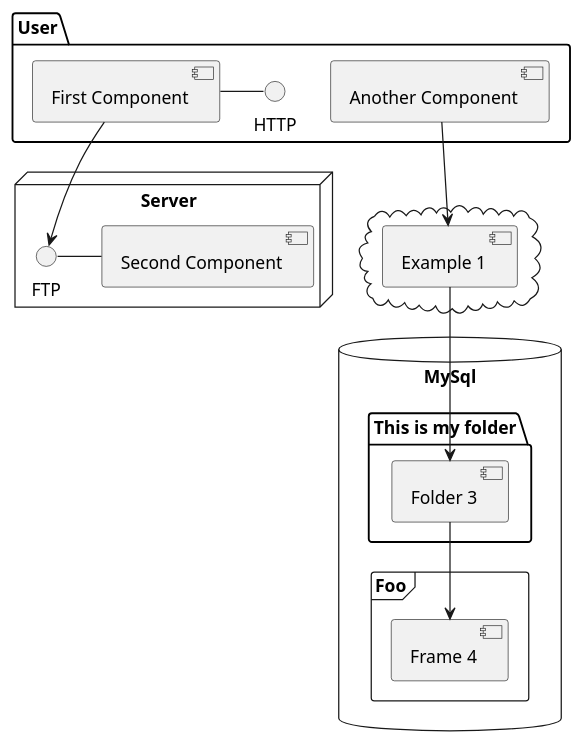
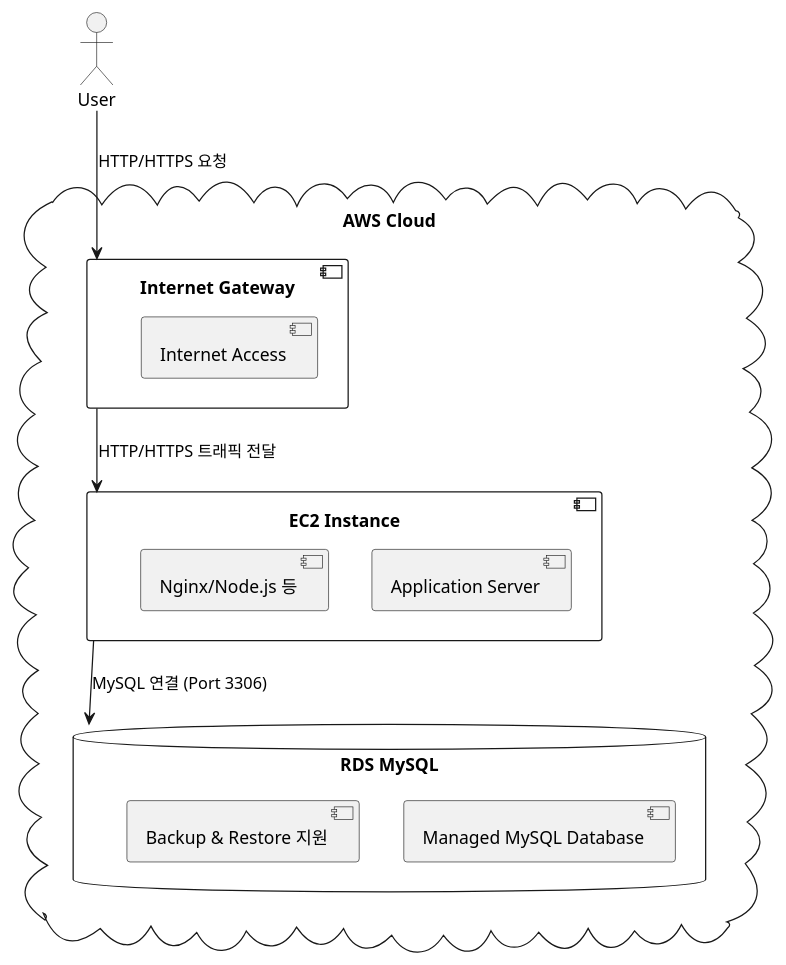
Before and after one commit to sweav-org/sweav-uml: the diagram in system/system_architecture.puml, drawn with PlantUML.

Commit message:
시스템 아키텍쳐 추가

```diff
--- a/system/system_architecture.puml
+++ b/system/system_architecture.puml
@@ -1,34 +1,26 @@
 @startuml
 'https://plantuml.com/component-diagram
 
+actor User
 
-package "User" {
-  HTTP - [First Component]
-  [Another Component]
+cloud "AWS Cloud" {
+    component "Internet Gateway" as IGW {
+        [Internet Access]
+    }
+
+    component "EC2 Instance" as EC2 {
+        [Application Server]
+        [Nginx/Node.js 등]
+    }
+
+    database "RDS MySQL" as RDS {
+        [Managed MySQL Database]
+        [Backup & Restore 지원]
+    }
 }
 
-node "Server" {
-  FTP - [Second Component]
-  [First Component] --> FTP
-}
-
-cloud {
-  [Example 1]
-}
-
-
-database "MySql" {
-  folder "This is my folder" {
-    [Folder 3]
-  }
-  frame "Foo" {
-    [Frame 4]
-  }
-}
-
-
-[Another Component] --> [Example 1]
-[Example 1] --> [Folder 3]
-[Folder 3] --> [Frame 4]
+User --> IGW : HTTP/HTTPS 요청
+IGW --> EC2 : HTTP/HTTPS 트래픽 전달
+EC2 --> RDS : MySQL 연결 (Port 3306)
 
 @enduml
```
